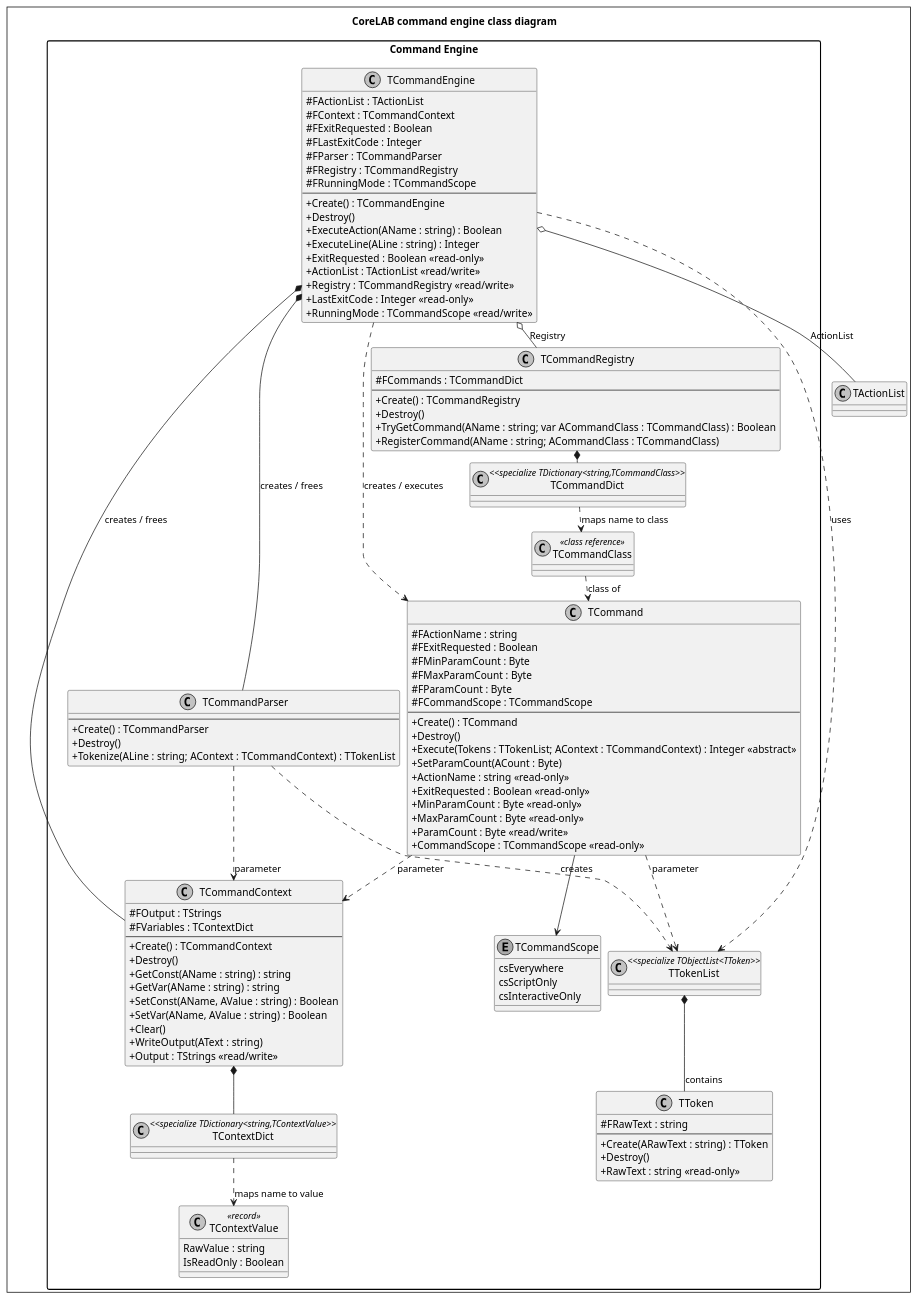
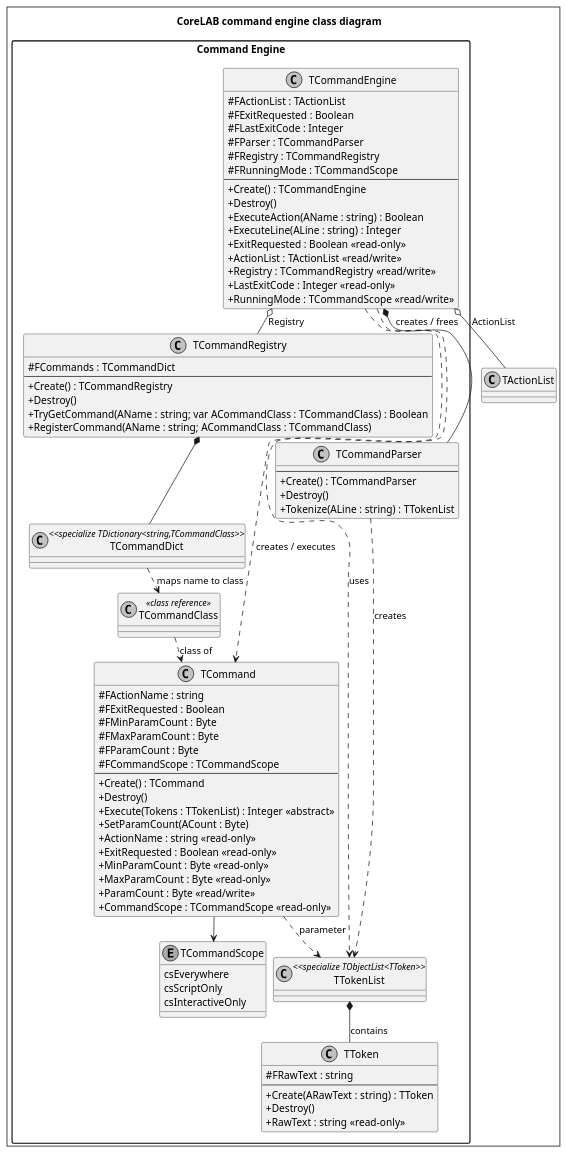
One commit to pozsarzs/corelab changed the diagram in document/code/diagrams/source/class_commandengine.puml. Above: the diagram before and after it, drawn with PlantUML. The commit also changed 31 other files, not shown here.

```diff
--- a/document/code/diagrams/source/class_commandengine.puml
+++ b/document/code/diagrams/source/class_commandengine.puml
@@ -1,145 +1,116 @@
 @startuml
 
 title CoreLAB command engine class diagram
 
 skinparam classAttributeIconSize 0
 skinparam diagramBorderColor black
 skinparam diagramBorderThickness 1
 'skinparam linetype ortho
 skinparam nodesep 10
 skinparam packageStyle rectangle
 skinparam ranksep 10
 skinparam shadowing false
 skinparam monochrome true
 
 package "Command Engine" {
 
   enum TCommandScope {
     csEverywhere
     csScriptOnly
     csInteractiveOnly
   }
 
   class TCommand {
     # FActionName : string
     # FExitRequested : Boolean
     # FMinParamCount : Byte
     # FMaxParamCount : Byte
     # FParamCount : Byte
     # FCommandScope : TCommandScope
     --
     + Create() : TCommand
     + Destroy()
-    + Execute(Tokens : TTokenList; AContext : TCommandContext) : Integer <<abstract>>
+    + Execute(Tokens : TTokenList) : Integer <<abstract>>
     + SetParamCount(ACount : Byte)
     + ActionName : string <<read-only>>
     + ExitRequested : Boolean <<read-only>>
     + MinParamCount : Byte <<read-only>>
     + MaxParamCount : Byte <<read-only>>
     + ParamCount : Byte <<read/write>>
     + CommandScope : TCommandScope <<read-only>>
   }
-
-  class TCommandContext {
-    # FOutput : TStrings
-    # FVariables : TContextDict
-    --
-    + Create() : TCommandContext
-    + Destroy()
-    + GetConst(AName : string) : string
-    + GetVar(AName : string) : string
-    + SetConst(AName, AValue : string) : Boolean
-    + SetVar(AName, AValue : string) : Boolean
-    + Clear()
-    + WriteOutput(AText : string)
-    + Output : TStrings <<read/write>>
-  }
-
+  
   class TCommandEngine {
     # FActionList : TActionList
-    # FContext : TCommandContext
     # FExitRequested : Boolean
     # FLastExitCode : Integer
     # FParser : TCommandParser
     # FRegistry : TCommandRegistry
     # FRunningMode : TCommandScope
     --
     + Create() : TCommandEngine
     + Destroy()
     + ExecuteAction(AName : string) : Boolean
     + ExecuteLine(ALine : string) : Integer
     + ExitRequested : Boolean <<read-only>>
     + ActionList : TActionList <<read/write>>
     + Registry : TCommandRegistry <<read/write>>
     + LastExitCode : Integer <<read-only>>
     + RunningMode : TCommandScope <<read/write>>
   }
 
   class TCommandParser {
     --
     + Create() : TCommandParser
     + Destroy()
-    + Tokenize(ALine : string; AContext : TCommandContext) : TTokenList
+    + Tokenize(ALine : string) : TTokenList
   }
 
   class TCommandRegistry {
     # FCommands : TCommandDict
     --
     + Create() : TCommandRegistry
     + Destroy()
     + TryGetCommand(AName : string; var ACommandClass : TCommandClass) : Boolean
     + RegisterCommand(AName : string; ACommandClass : TCommandClass)
   }
 
   class TToken {
     # FRawText : string
     --
     + Create(ARawText : string) : TToken
     + Destroy()
     + RawText : string <<read-only>>
   }
 
   class TTokenList <<specialize TObjectList<TToken>>
   class TCommandDict <<specialize TDictionary<string,TCommandClass>>
-  class TContextDict <<specialize TDictionary<string,TContextValue>>
-
-  class TContextValue <<record>> {
-    RawValue : string
-    IsReadOnly : Boolean
-  }
 
   class TCommandClass <<class reference>>
 }
 
 ' Ownership / containment established by constructors/destructors in the source
-TCommandEngine *-- TCommandContext : creates / frees
 TCommandEngine *-- TCommandParser : creates / frees
 
 ' References assigned or consumed by the engine; not created/freed by TCommandEngine
 TCommandEngine o-- TCommandRegistry : Registry
 TCommandEngine o-- TActionList : ActionList
 TCommandEngine ..> TCommand : creates / executes
 TCommandEngine ..> TTokenList : uses
 
 ' Command dependencies
 TCommand ..> TTokenList : parameter
-TCommand ..> TCommandContext : parameter
 TCommand --> TCommandScope
 
 ' Parser dependencies
-TCommandParser ..> TCommandContext : parameter
 TCommandParser ..> TTokenList : creates
 
 ' Registry and command-class relationship
 TCommandRegistry *-- TCommandDict
 TCommandDict ..> TCommandClass : maps name to class
 TCommandClass ..> TCommand : class of
 
 ' Token list owns token objects (TObjectList semantics)
 TTokenList *-- TToken : contains
 
-' Context storage
-TCommandContext *-- TContextDict
-TContextDict ..> TContextValue : maps name to value
-
 @enduml
```
